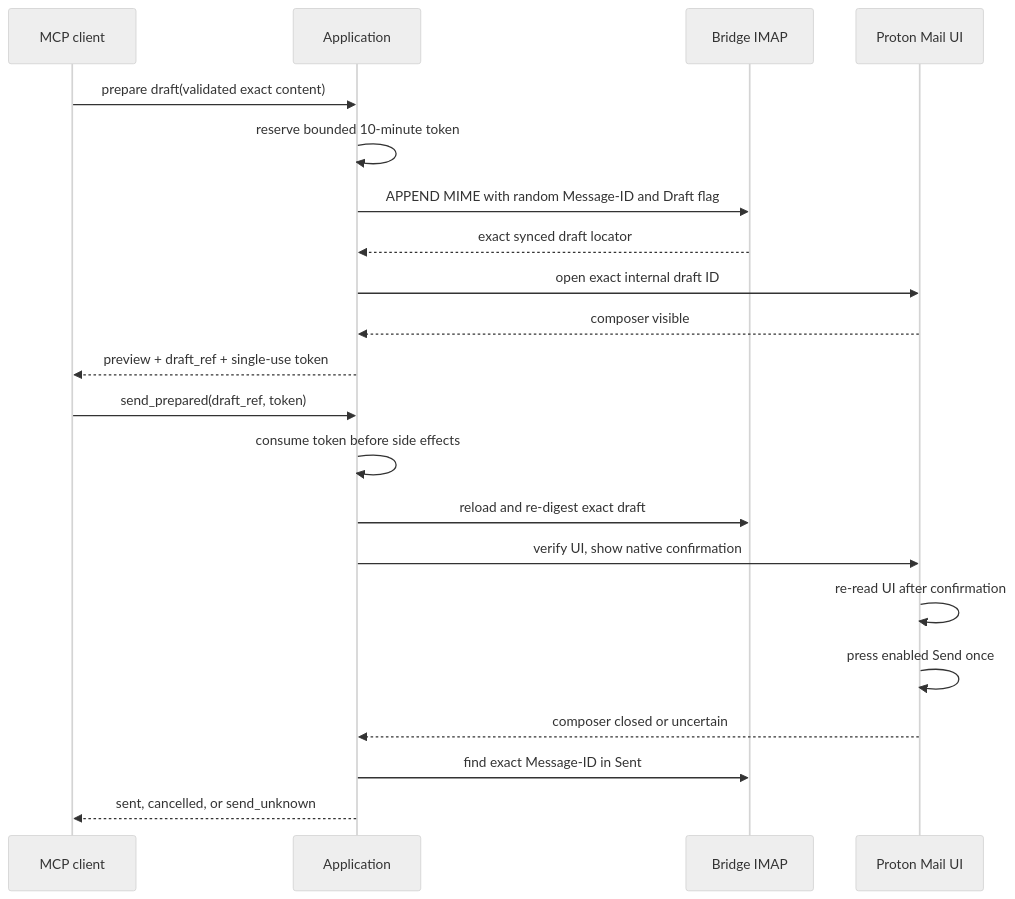
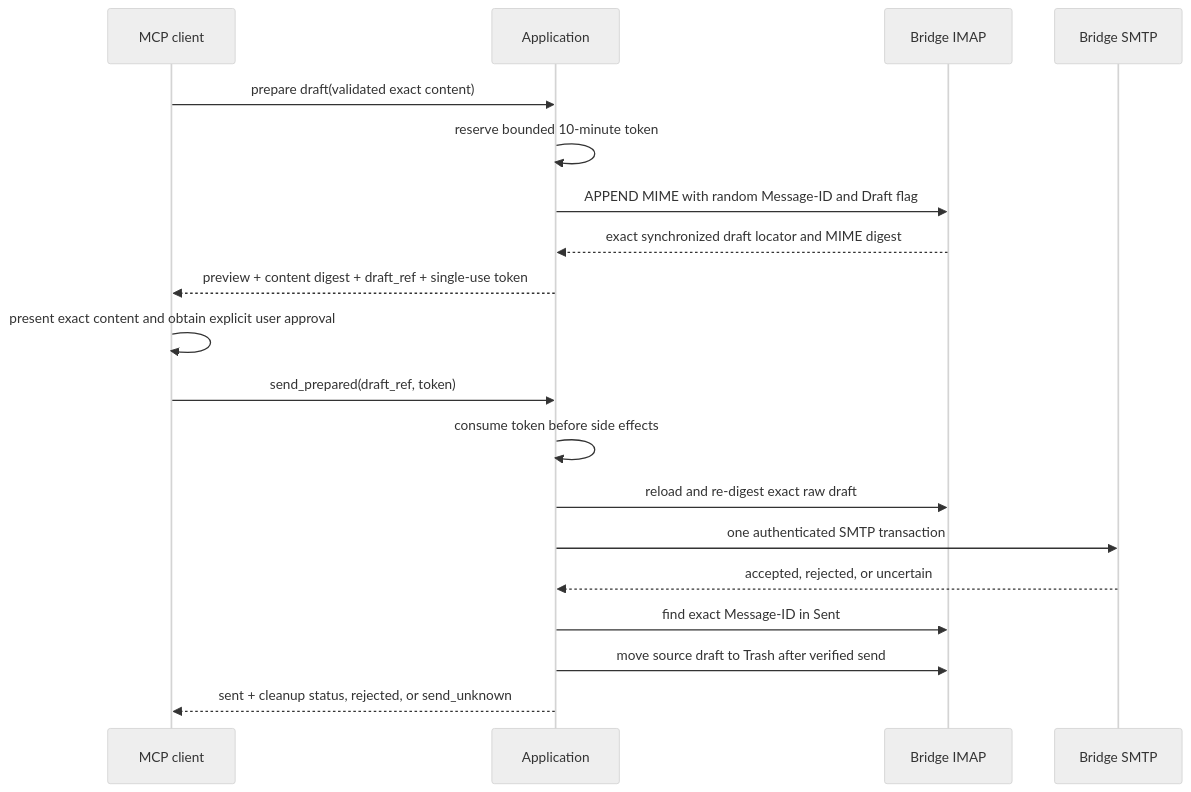
The second of 2 diagrams in docs/architecture.md (ryanpaulanderson/proton-mail-mac-mcp), drawn with Mermaid (neutral theme) before and after one commit. The commit also changed other lines of this file and 25 other files, not shown here.

First line of the commit message:
Replace UI sending with Proton Mail Bridge SMTP (#12)

````diff
--- a/docs/architecture.md
+++ b/docs/architecture.md
@@ -72,24 +72,22 @@
 ```mermaid
 sequenceDiagram
     participant C as MCP client
     participant A as Application
-    participant B as Bridge IMAP
-    participant U as Proton Mail UI
+    participant I as Bridge IMAP
+    participant S as Bridge SMTP
 
     C->>A: prepare draft(validated exact content)
     A->>A: reserve bounded 10-minute token
-    A->>B: APPEND MIME with random Message-ID and Draft flag
-    B-->>A: exact synced draft locator
-    A->>U: open exact internal draft ID
-    U-->>A: composer visible
-    A-->>C: preview + draft_ref + single-use token
+    A->>I: APPEND MIME with random Message-ID and Draft flag
+    I-->>A: exact synchronized draft locator and MIME digest
+    A-->>C: preview + content digest + draft_ref + single-use token
+    C->>C: present exact content and obtain explicit user approval
     C->>A: send_prepared(draft_ref, token)
     A->>A: consume token before side effects
-    A->>B: reload and re-digest exact draft
-    A->>U: verify UI, show native confirmation
-    U->>U: re-read UI after confirmation
-    U->>U: press enabled Send once
-    U-->>A: composer closed or uncertain
-    A->>B: find exact Message-ID in Sent
-    A-->>C: sent, cancelled, or send_unknown
+    A->>I: reload and re-digest exact raw draft
+    A->>S: one authenticated SMTP transaction
+    S-->>A: accepted, rejected, or uncertain
+    A->>I: find exact Message-ID in Sent
+    A->>I: move source draft to Trash after verified send
+    A-->>C: sent + cleanup status, rejected, or send_unknown
 ```
````
